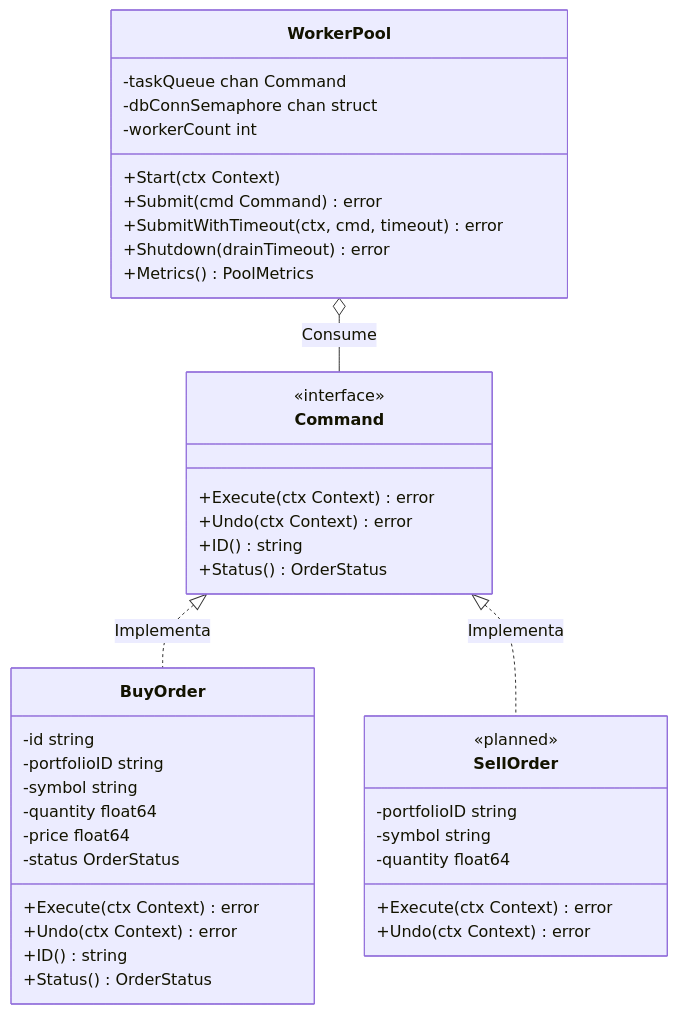
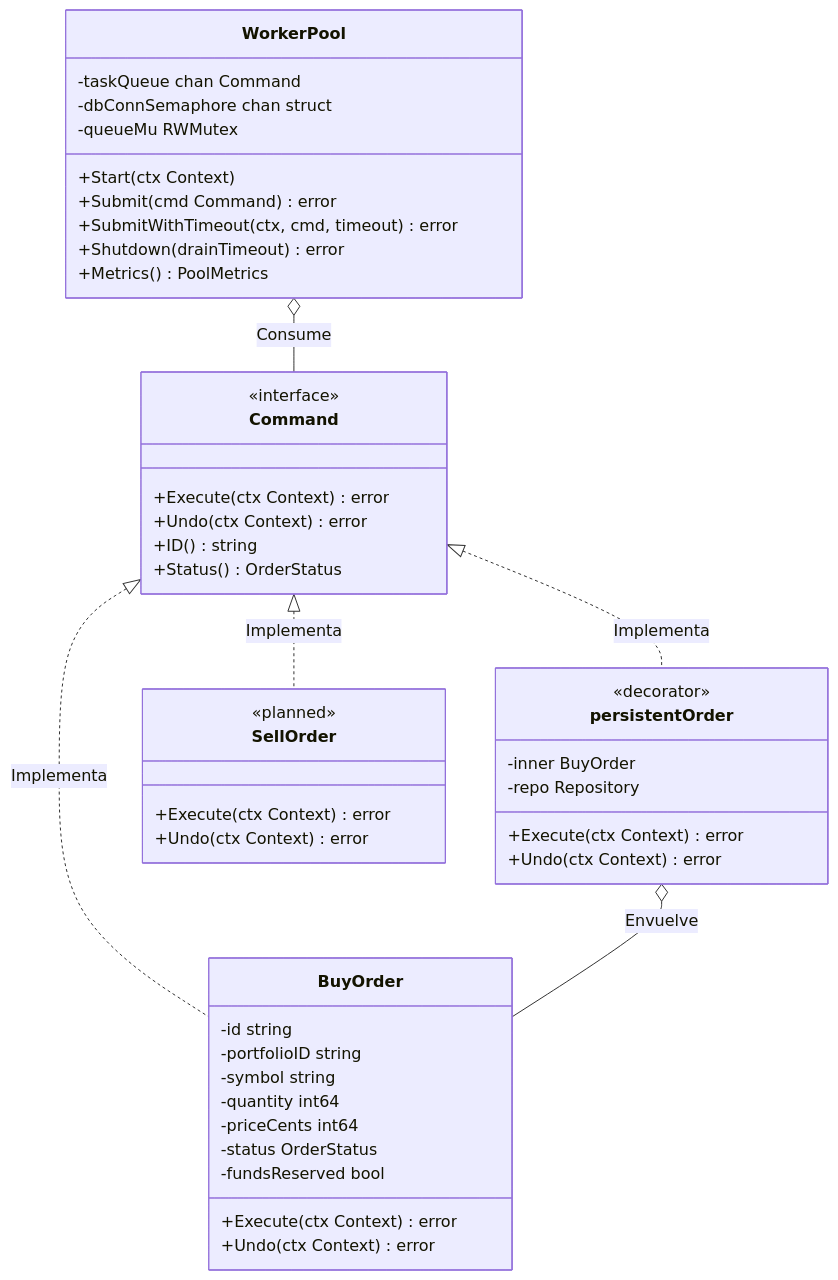
Before and after one commit to ggonzalez36/AI-Advisor: the second of 5 diagrams in docs/architecture-design.md, drawn with Mermaid. The commit also changed other lines of this file and 9 other files, not shown here.

````diff
--- a/docs/architecture-design.md
+++ b/docs/architecture-design.md
@@ -100,49 +105,55 @@
 ```mermaid
 classDiagram
     direction TB
 
     class Command {
         <<interface>>
         +Execute(ctx Context) error
         +Undo(ctx Context) error
         +ID() string
         +Status() OrderStatus
     }
 
     class BuyOrder {
         -id string
         -portfolioID string
         -symbol string
-        -quantity float64
-        -price float64
+        -quantity int64
+        -priceCents int64
         -status OrderStatus
+        -fundsReserved bool
         +Execute(ctx Context) error
         +Undo(ctx Context) error
-        +ID() string
-        +Status() OrderStatus
+    }
+
+    class persistentOrder {
+        <<decorator>>
+        -inner BuyOrder
+        -repo Repository
+        +Execute(ctx Context) error
+        +Undo(ctx Context) error
     }
 
     class SellOrder {
         <<planned>>
-        -portfolioID string
-        -symbol string
-        -quantity float64
         +Execute(ctx Context) error
         +Undo(ctx Context) error
     }
 
     class WorkerPool {
         -taskQueue chan Command
         -dbConnSemaphore chan struct
-        -workerCount int
+        -queueMu RWMutex
         +Start(ctx Context)
         +Submit(cmd Command) error
         +SubmitWithTimeout(ctx, cmd, timeout) error
         +Shutdown(drainTimeout) error
         +Metrics() PoolMetrics
     }
 
     Command <|.. BuyOrder : Implementa
+    Command <|.. persistentOrder : Implementa
     Command <|.. SellOrder : Implementa
+    persistentOrder o-- BuyOrder : Envuelve
     WorkerPool o-- Command : Consume
 ```
````
